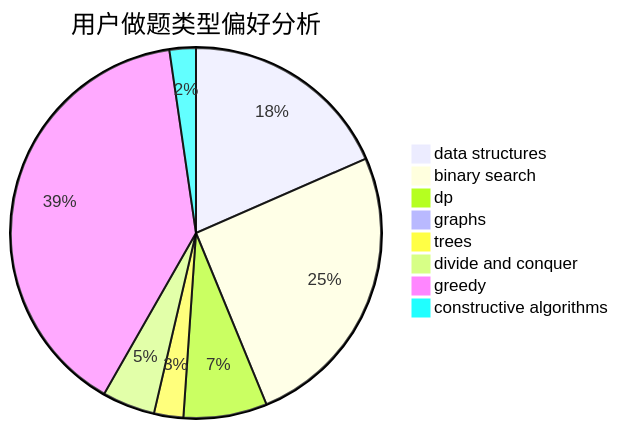
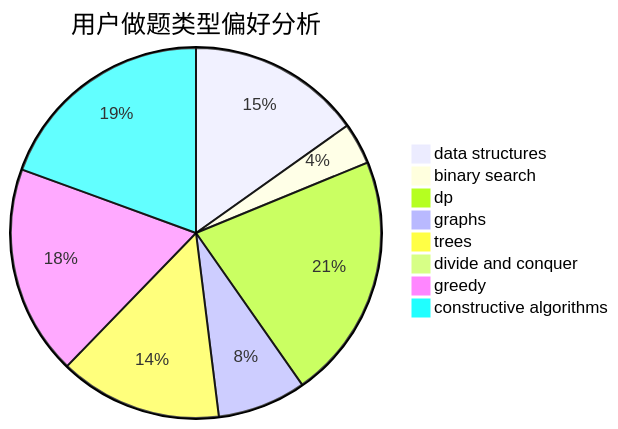
Before and after one commit to sherpahu/cfrs.github.io: the second of 3 diagrams in docs/user/u286.md, drawn with Mermaid. The commit also changed other lines of this file and 2770 other files, not shown here.

````diff
--- a/docs/user/u286.md
+++ b/docs/user/u286.md
@@ -23,11 +23,11 @@
 ```mermaid
 pie title 用户做题类型偏好分析
-    "data structures" :  144
-    "binary search" :  198
-    "dp" :  57
-    "graphs" :  3
-    "trees" :  20
-    "divide and conquer" :  36
-    "greedy" :  308
-    "constructive algorithms" :  18
+    "data structures" :  96
+    "binary search" :  23
+    "dp" :  136
+    "graphs" :  49
+    "trees" :  90
+    "divide and conquer" :  0
+    "greedy" :  116
+    "constructive algorithms" :  123
 ```
````
